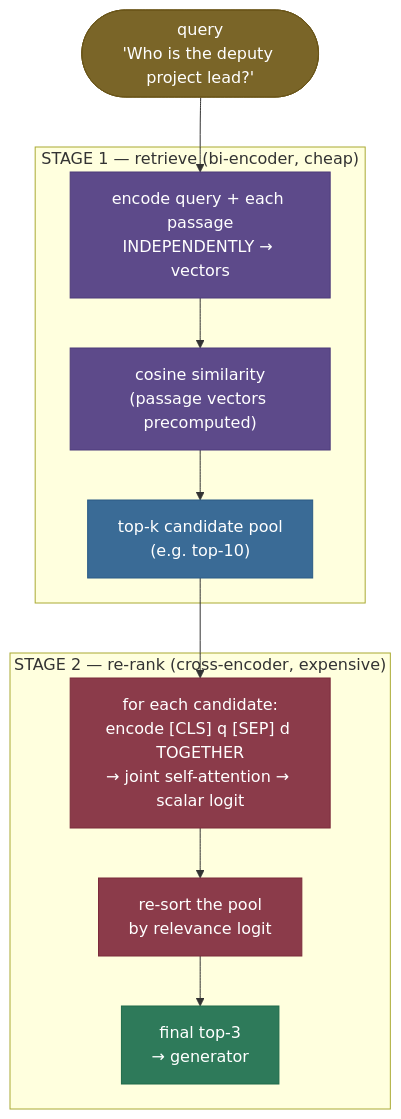
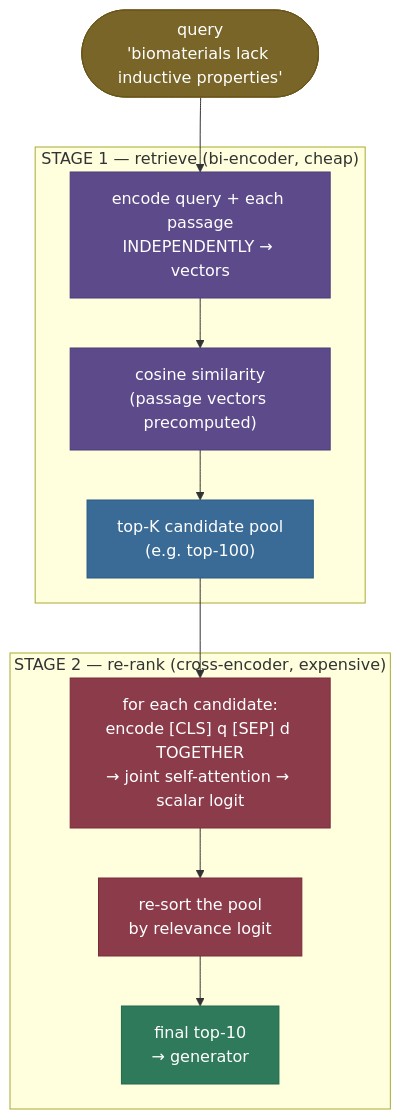
The diagram in 11. RAG_and_LLM_Applications/06-Re-ranking-Cross-Encoders/06-Re-ranking-Cross-Encoders.md (sudhir13s/AI-ML-learning-resources), drawn with Mermaid before and after one commit. The commit also changed other lines of this file and 15 other files, not shown here.

````diff
--- a/11. RAG_and_LLM_Applications/06-Re-ranking-Cross-Encoders/06-Re-ranking-Cross-Encoders.md
+++ b/11. RAG_and_LLM_Applications/06-Re-ranking-Cross-Encoders/06-Re-ranking-Cross-Encoders.md
@@ -79,22 +68,22 @@
 ```mermaid
 graph TD
-    Q(["query<br/>'Who is the deputy project lead?'"]):::amber --> BI
+    Q(["query<br/>'biomaterials lack inductive properties'"]):::amber --> BI
 
     subgraph STAGE1["STAGE 1 — retrieve (bi-encoder, cheap)"]
     BI["encode query + each passage<br/>INDEPENDENTLY → vectors"]:::process --> COS["cosine similarity<br/>(passage vectors precomputed)"]:::process
-    COS --> POOL["top-k candidate pool<br/>(e.g. top-10)"]:::data
+    COS --> POOL["top-K candidate pool<br/>(e.g. top-100)"]:::data
     end
 
     POOL --> CE
 
     subgraph STAGE2["STAGE 2 — re-rank (cross-encoder, expensive)"]
     CE["for each candidate:<br/>encode [CLS] q [SEP] d TOGETHER<br/>→ joint self-attention → scalar logit"]:::cross --> SORT["re-sort the pool<br/>by relevance logit"]:::cross
-    SORT --> TOP["final top-3<br/>→ generator"]:::out
+    SORT --> TOP["final top-10<br/>→ generator"]:::out
     end
 
     classDef amber fill:#7A6528,stroke:#6A5518,color:#fff
     classDef process fill:#5D4A8A,stroke:#4D3A7A,color:#fff
     classDef data fill:#3A6B96,stroke:#2A5B86,color:#fff
     classDef cross fill:#8B3B4A,stroke:#7B2B3A,color:#fff
     classDef out fill:#2E7A5A,stroke:#1E6A4A,color:#fff
 ```
````
